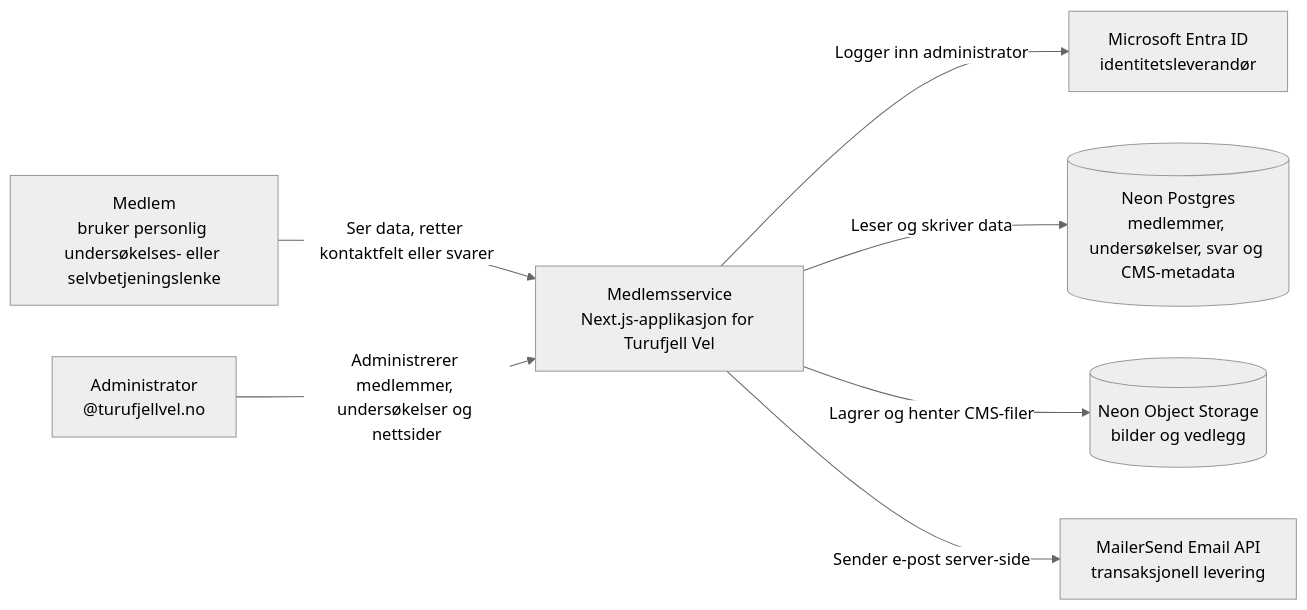
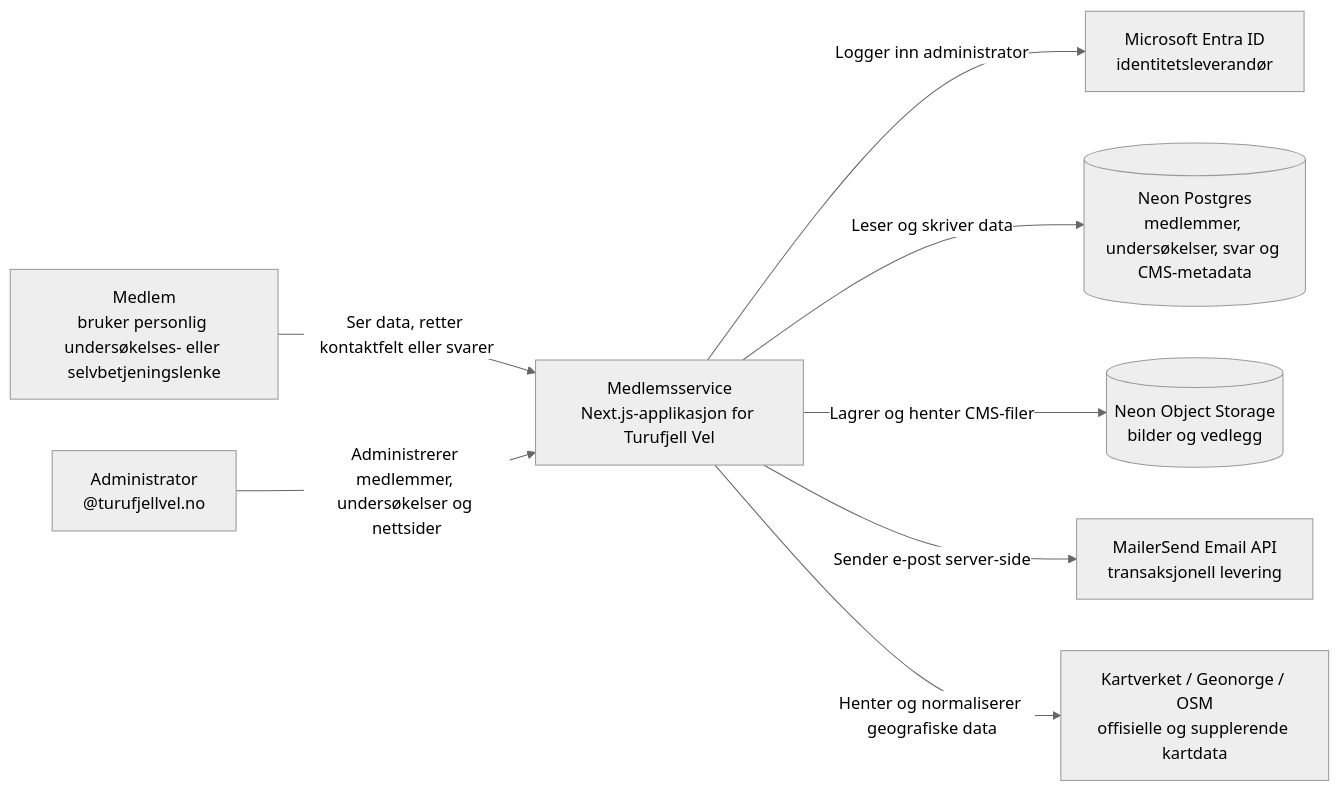
The first of 6 diagrams in README.md (ibjohansen/tfv-poll), drawn with Mermaid (neutral theme) before and after one commit. The commit also changed other lines of this file and 8 other files, not shown here.

````diff
--- a/README.md
+++ b/README.md
@@ -69,17 +102,19 @@
 ```mermaid
 flowchart LR
   member["Medlem\nbruker personlig undersøkelses- eller selvbetjeningslenke"]
   admin["Administrator\n@turufjellvel.no"]
   app["Medlemsservice\nNext.js-applikasjon for Turufjell Vel"]
   entra["Microsoft Entra ID\nidentitetsleverandør"]
   neon[("Neon Postgres\nmedlemmer, undersøkelser, svar og CMS-metadata")]
   storage[("Neon Object Storage\nbilder og vedlegg")]
   mailer["MailerSend Email API\ntransaksjonell levering"]
+  mapdata["Kartverket / Geonorge / OSM\noffisielle og supplerende kartdata"]
 
   member -->|"Ser data, retter kontaktfelt eller svarer"| app
   admin -->|"Administrerer medlemmer, undersøkelser og nettsider"| app
   app -->|"Logger inn administrator"| entra
   app -->|"Leser og skriver data"| neon
   app -->|"Lagrer og henter CMS-filer"| storage
   app -->|"Sender e-post server-side"| mailer
+  app -->|"Henter og normaliserer geografiske data"| mapdata
 ```
````
